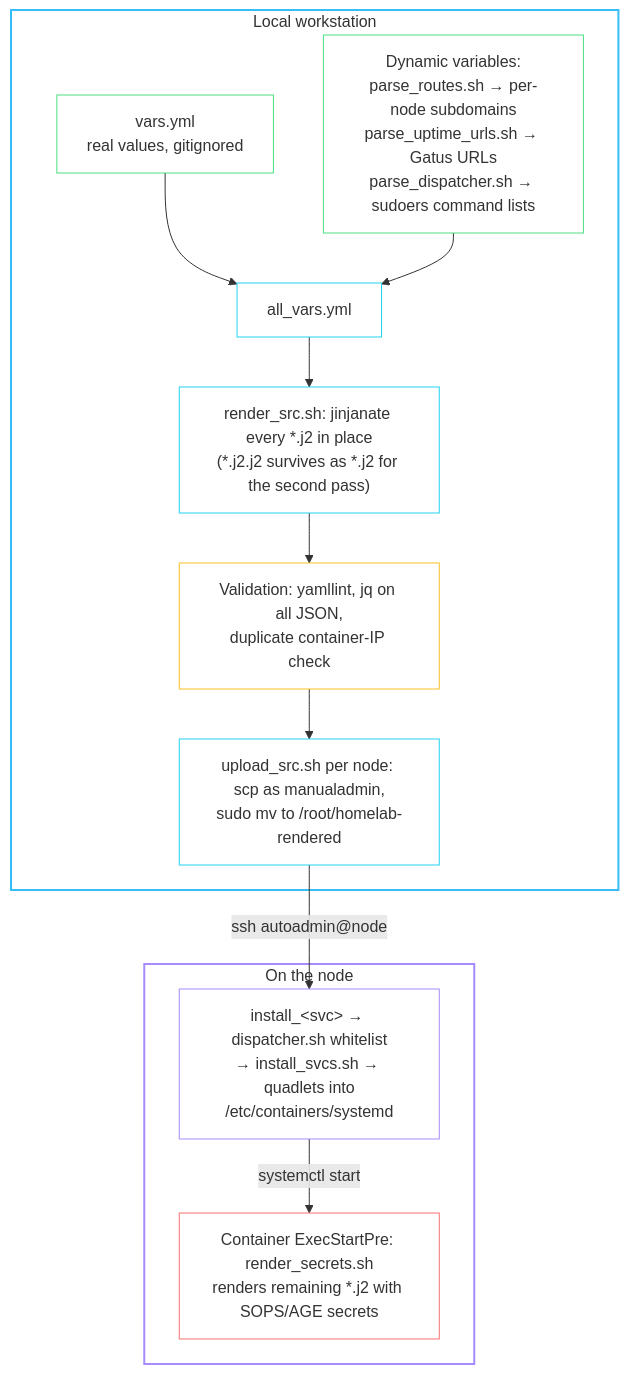
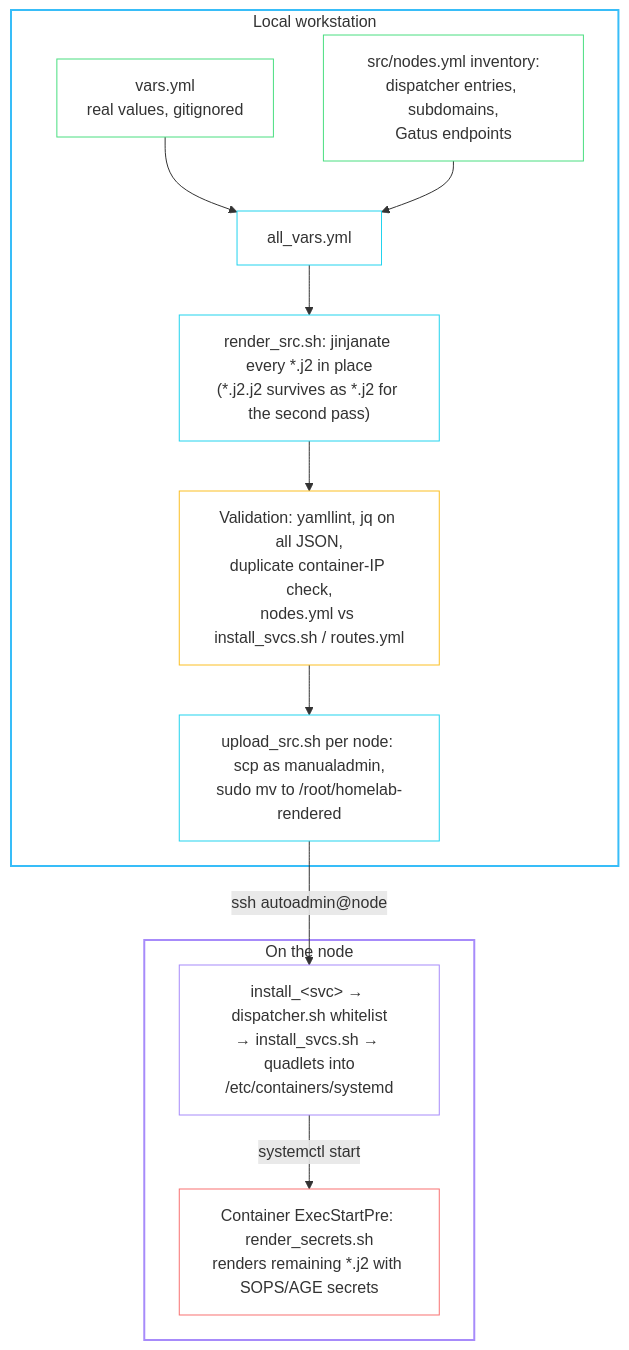
The diagram in docs/development.md (babraham123/homelab), drawn with Mermaid before and after one commit. The commit also changed other lines of this file and 6 other files, not shown here.

Commit message:
restructure/01: ADR 0006 and docs for the node inventory

````diff
--- a/docs/development.md
+++ b/docs/development.md
@@ -48,35 +48,35 @@
 ```mermaid
 flowchart TB
     subgraph local["Local workstation"]
         vars["vars.yml<br/>real values, gitignored"]
-        parse["Dynamic variables:<br/>parse_routes.sh → per-node subdomains<br/>parse_uptime_urls.sh → Gatus URLs<br/>parse_dispatcher.sh → sudoers command lists"]
+        inventory["src/nodes.yml inventory:<br/>dispatcher entries, subdomains,<br/>Gatus endpoints"]
         allvars["all_vars.yml"]
         render["render_src.sh: jinjanate every *.j2 in place<br/>(*.j2.j2 survives as *.j2 for the second pass)"]
-        validate["Validation: yamllint, jq on all JSON,<br/>duplicate container-IP check"]
+        validate["Validation: yamllint, jq on all JSON,<br/>duplicate container-IP check,<br/>nodes.yml vs install_svcs.sh / routes.yml"]
         upload["upload_src.sh per node: scp as manualadmin,<br/>sudo mv to /root/homelab-rendered"]
     end
 
     subgraph node["On the node"]
         dispatch["install_&lt;svc&gt; → dispatcher.sh whitelist<br/>→ install_svcs.sh → quadlets into<br/>/etc/containers/systemd"]
         second["Container ExecStartPre: render_secrets.sh<br/>renders remaining *.j2 with SOPS/AGE secrets"]
     end
 
     vars --> allvars
-    parse --> allvars
+    inventory --> allvars
     allvars --> render --> validate --> upload
     upload -- "ssh autoadmin@node" --> dispatch
     dispatch -- "systemctl start" --> second
 
     style local stroke:#38bdf8,stroke-width:2px,fill:transparent
     style node stroke:#a78bfa,stroke-width:2px,fill:transparent
     classDef input stroke:#4ade80,fill:transparent
     classDef step stroke:#22d3ee,fill:transparent
     classDef onnode stroke:#a78bfa,fill:transparent
     classDef check stroke:#fbbf24,fill:transparent
     classDef secret stroke:#f87171,fill:transparent
-    class vars,parse input
+    class vars,inventory input
     class allvars,render,upload step
     class dispatch onnode
     class validate check
     class second secret
 ```
````
